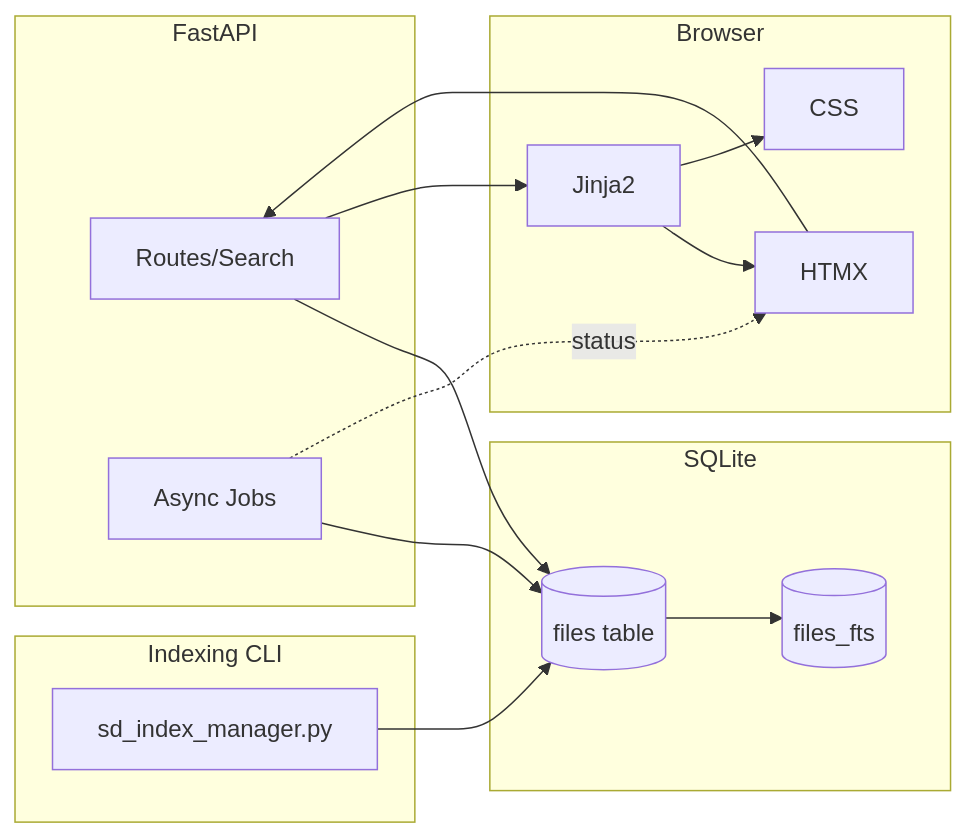
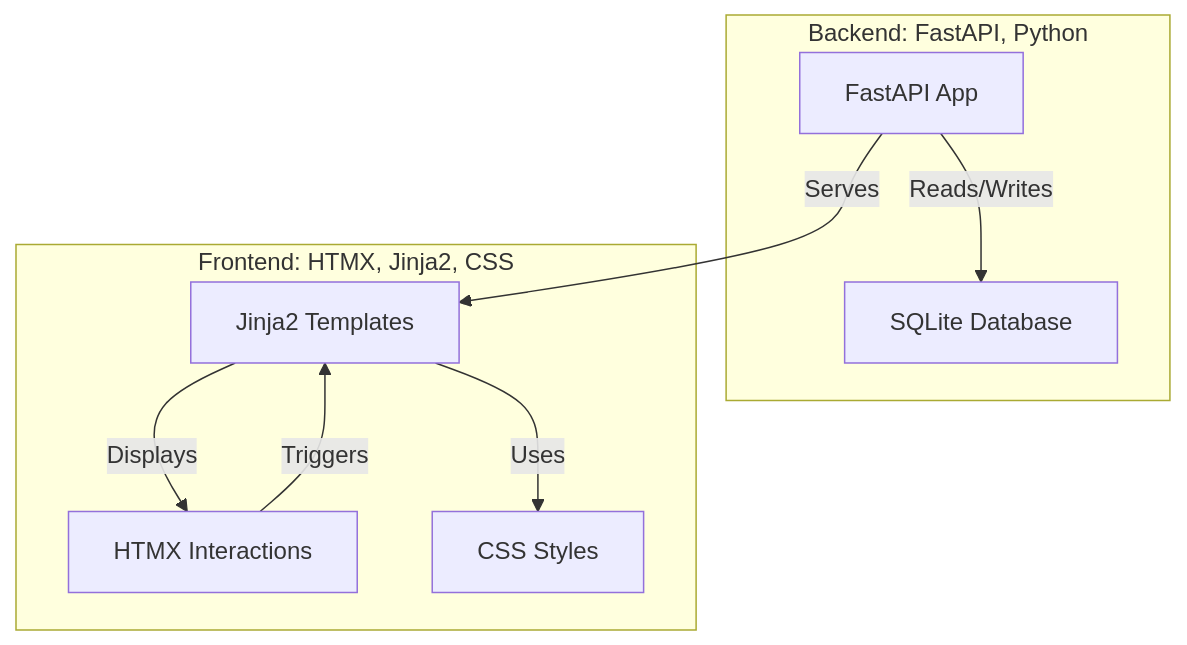
The diagram in PROJECT_STRUCTURE.md (chickenanarchy/sd_image_gallery), drawn with Mermaid before and after one commit. The commit also changed 1 other file, not shown here.

Commit message:
Docs: revert Mermaid diagrams to original working format

````diff
--- a/PROJECT_STRUCTURE.md
+++ b/PROJECT_STRUCTURE.md
@@ -3,28 +3,19 @@
 ```mermaid
-flowchart LR
-    subgraph IDX[Indexing CLI]
-        I1[sd_index_manager.py]
-    end
-    subgraph DATA[SQLite]
-        TBL[(files table)]
-        FTS[(files_fts)]
-    end
-    subgraph APP[FastAPI]
-        R[Routes/Search]
-        J[Async Jobs]
-    end
-    subgraph FRONTEND[Browser]
-        HTMX[HTMX]
-        TPL[Jinja2]
-        CSS[CSS]
+graph TD
+    subgraph Backend [Backend: FastAPI, Python]
+        A[FastAPI App]
+        B[SQLite Database]
+        A -->|Reads/Writes| B
     end
 
-    I1 --> TBL
-    TBL --> FTS
-    R --> TBL
-    J --> TBL
-    HTMX --> R
-    R --> TPL --> HTMX
-    TPL --> CSS
-    J -. status .-> HTMX
+    subgraph Frontend [Frontend: HTMX, Jinja2, CSS]
+        C[HTMX Interactions]
+        D[Jinja2 Templates]
+        E[CSS Styles]
+        D -->|Uses| E
+        C -->|Triggers| D
+    end
+
+    A -->|Serves| D
+    D -->|Displays| C
 ```
````
